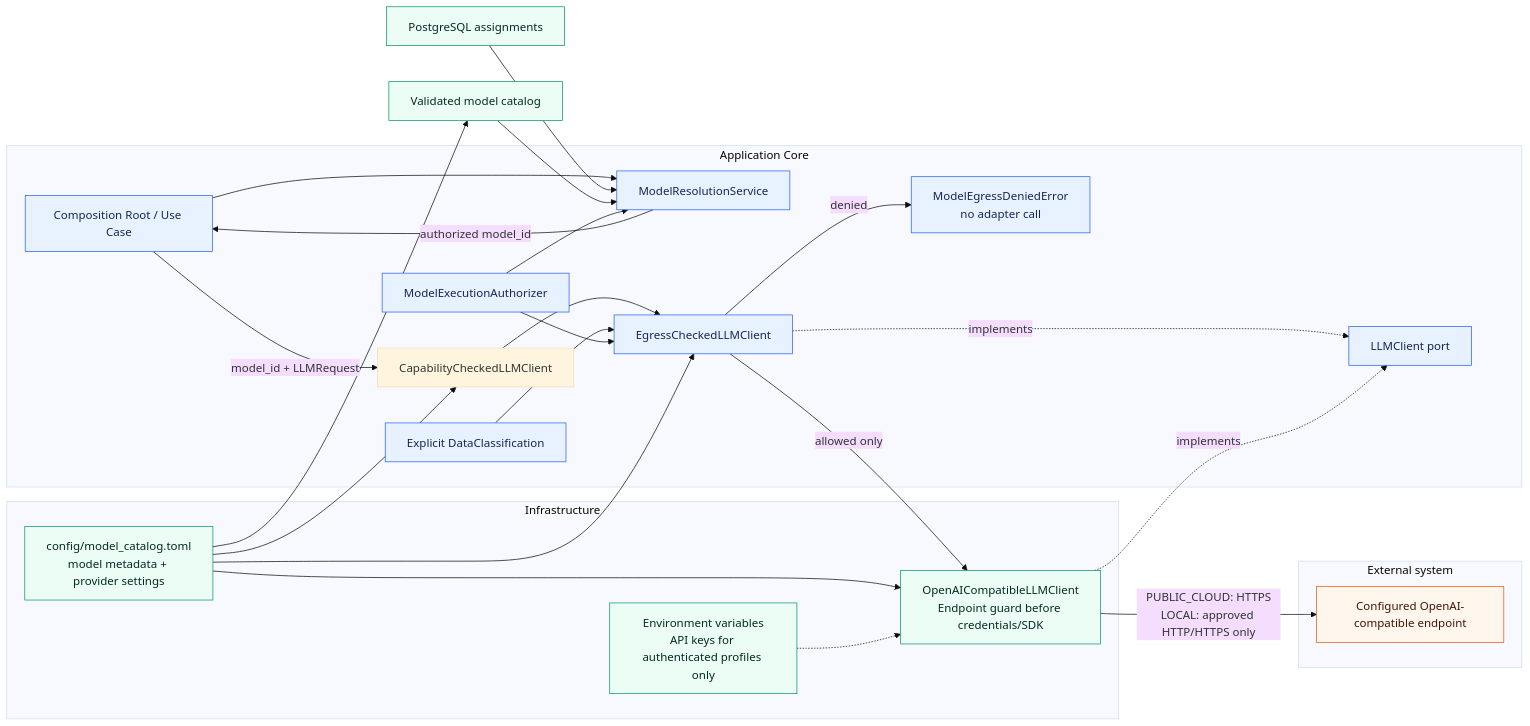
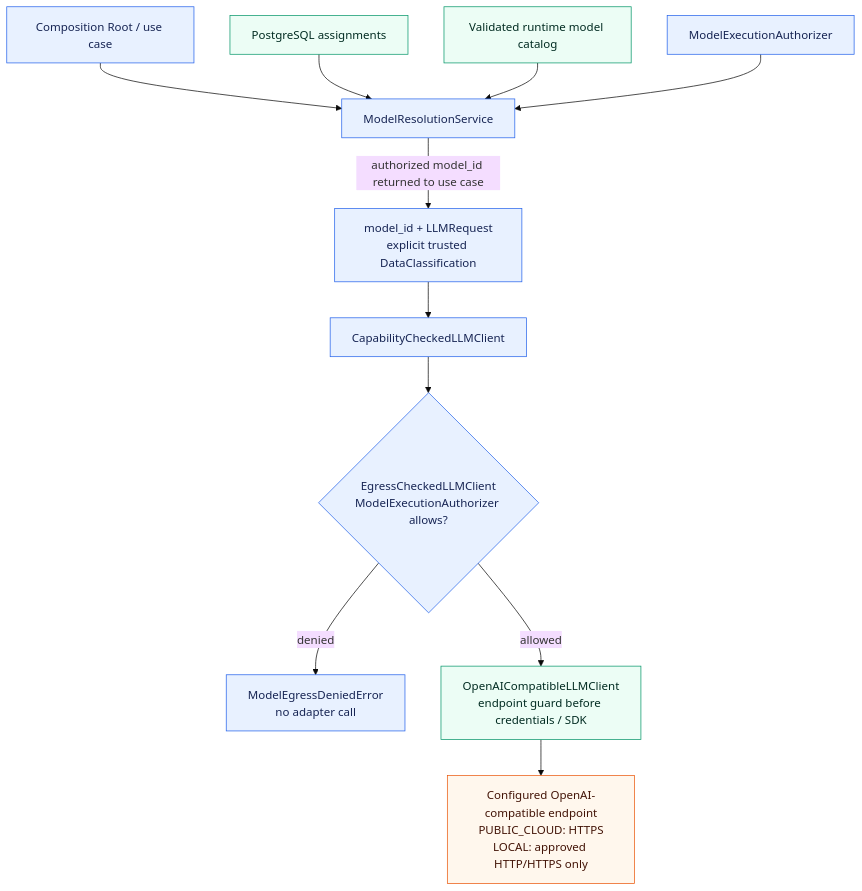
One commit to aboerzel/industrial-ai-agent changed diagram 12 of 27 in docs/architecture/overview.md. Above: the diagram before and after it, drawn with Mermaid (base theme). The commit also changed other lines of this file, not shown here.

Commit message:
docs: improve architecture diagram readability

````diff
--- a/docs/architecture/overview.md
+++ b/docs/architecture/overview.md
@@ -840,51 +845,20 @@
 ```mermaid
-flowchart LR
-    A["Composition Root / Use Case"] --> R["ModelResolutionService"]
+flowchart TD
+    A["Composition Root / use case"] --> R["ModelResolutionService"]
     DB["PostgreSQL assignments"] --> R
-    M["Validated model catalog"] --> R
+    M["Validated runtime model catalog"] --> R
     S["ModelExecutionAuthorizer"] --> R
-    R -->|"authorized model_id"| A
-    A -->|"model_id + LLMRequest"| V["CapabilityCheckedLLMClient"]
-    V --> G["EgressCheckedLLMClient"]
-    P["LLMClient port"]
-    G -.->|"implements"| P
-    C["OpenAICompatibleLLMClient<br/>Endpoint guard before credentials/SDK"] -.->|"implements"| P
-    CL["Explicit DataClassification"] --> G
-    S --> G
-    TOML["config/model_catalog.toml<br/>model metadata + provider settings"] --> M
-    TOML --> V
-    TOML --> G
-    TOML --> C
-    ENV["Environment variables<br/>API keys for authenticated profiles only"] -.-> C
-    G -->|"allowed only"| C
+    R -->|"authorized model_id returned to use case"| Request["model_id + LLMRequest<br/>explicit trusted DataClassification"]
+    Request --> V["CapabilityCheckedLLMClient"]
+    V --> G{"EgressCheckedLLMClient<br/>ModelExecutionAuthorizer allows?"}
     G -->|"denied"| F["ModelEgressDeniedError<br/>no adapter call"]
-    C -->|"PUBLIC_CLOUD: HTTPS<br/>LOCAL: approved HTTP/HTTPS only"| E["Configured OpenAI-compatible endpoint"]
-
-    subgraph Core["Application Core"]
-        A
-        P
-        V
-        G
-        CL
-        R
-        S
-        F
-    end
-
-    subgraph Infrastructure["Infrastructure"]
-        C
-        TOML
-        ENV
-    end
-
-    subgraph External["External system"]
-        E
-    end
+    G -->|"allowed"| C["OpenAICompatibleLLMClient<br/>endpoint guard before credentials / SDK"]
+    C --> E["Configured OpenAI-compatible endpoint<br/>PUBLIC_CLOUD: HTTPS<br/>LOCAL: approved HTTP/HTTPS only"]
 
     classDef core fill:#e8f1ff,stroke:#2563eb,color:#172554
     classDef adapter fill:#ecfdf5,stroke:#059669,color:#022c22
     classDef external fill:#fff7ed,stroke:#ea580c,color:#431407
-    class A,P,G,CL,R,S,F core
-    class C,TOML,M,DB,ENV adapter
+    class A,R,S,Request,V,G,F core
+    class DB,M,C adapter
     class E external
 ```
````
